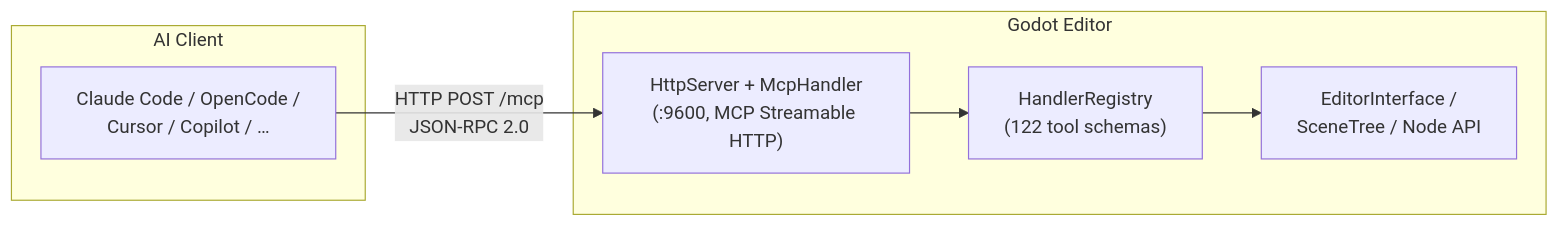
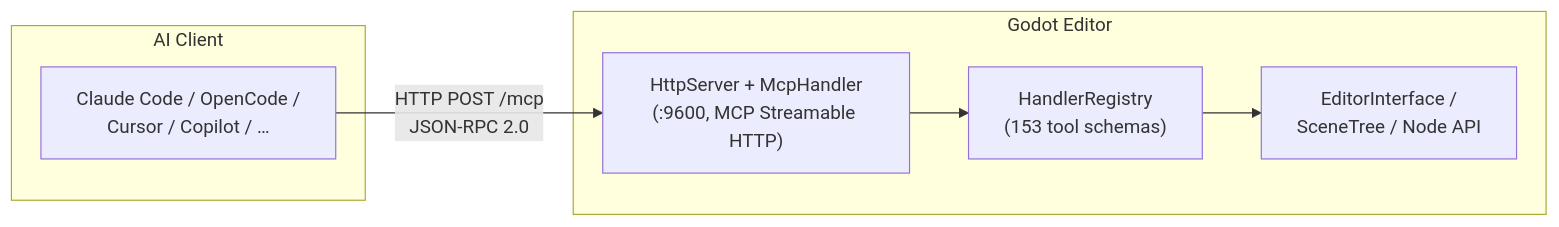
The diagram in README.md (jesspig/GodotMCP-GDExtension), drawn with Mermaid before and after one commit. The commit also changed other lines of this file and 30 other files, not shown here.

````diff
--- a/README.md
+++ b/README.md
@@ -13,16 +13,16 @@
 ```mermaid
 graph LR
     subgraph AI["AI Client"]
         Client["Claude Code / OpenCode /<br/>Cursor / Copilot / …"]
     end
 
     subgraph GodotProc["Godot Editor"]
         HTTP["HttpServer + McpHandler<br/>(:9600, MCP Streamable HTTP)"]
-        Registry["HandlerRegistry<br/>(122 tool schemas)"]
+        Registry["HandlerRegistry<br/>(153 tool schemas)"]
         Editor["EditorInterface /<br/>SceneTree / Node API"]
     end
 
     Client -->|HTTP POST /mcp<br/>JSON-RPC 2.0| HTTP
     HTTP --> Registry
     Registry --> Editor
 ```
````
